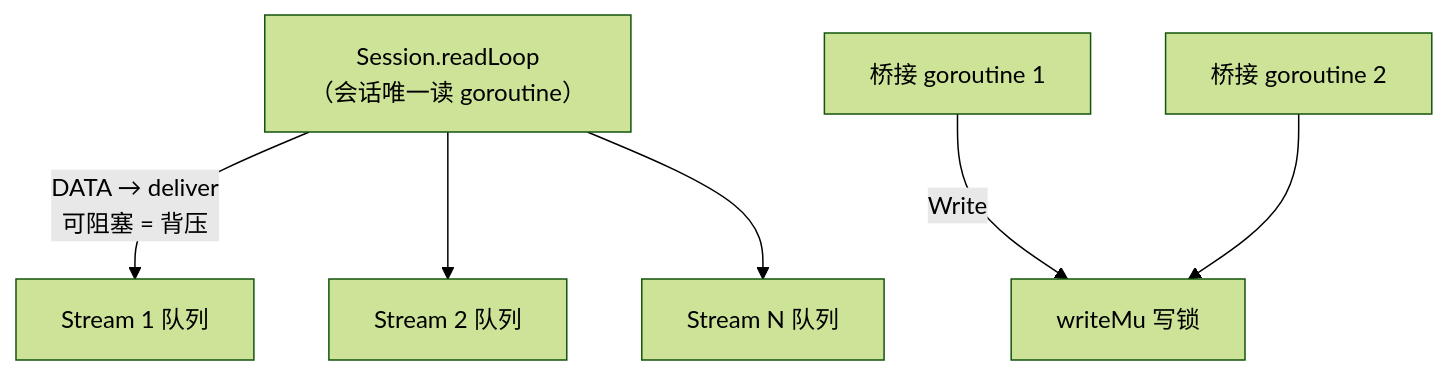
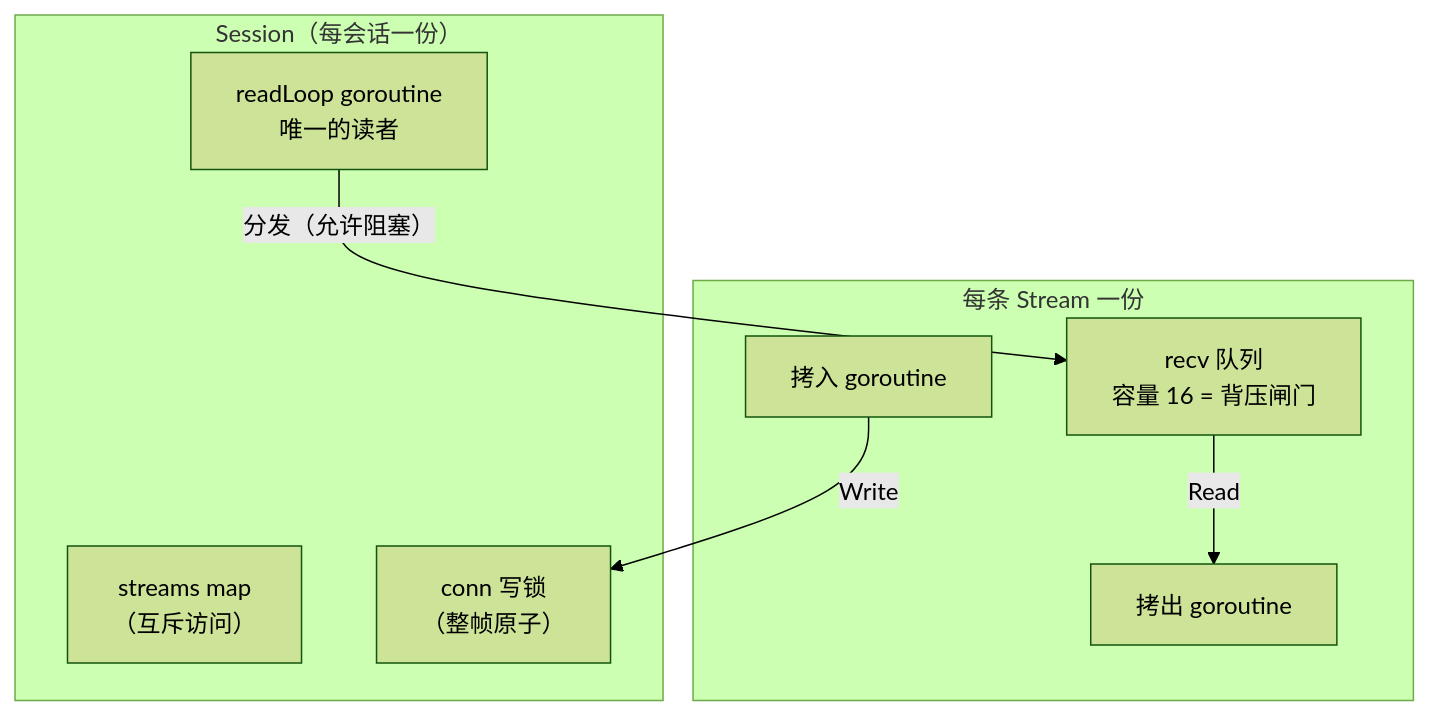
The third of 5 diagrams in docs/blog/posts/2026/10/28.md (yiiewang/yiiewang.github.io), drawn with Mermaid (forest theme) before and after one commit. The commit also changed other lines of this file, not shown here.

Commit message:
docs(blog): 28.md 改为六视图设计过程（场景/逻辑/进程/行为/状态/决策记录）

````diff
--- a/docs/blog/posts/2026/10/28.md
+++ b/docs/blog/posts/2026/10/28.md
@@ -105,8 +83,16 @@
 ```mermaid
 flowchart TD
-    RL["Session.readLoop<br/>（会话唯一读 goroutine）"] -->|"DATA → deliver<br/>可阻塞 = 背压"| Q1["Stream 1 队列"]
-    RL --> Q2["Stream 2 队列"]
-    RL --> Q3["Stream N 队列"]
-    G1["桥接 goroutine 1"] -->|"Write"| WL["writeMu 写锁"]
-    G2["桥接 goroutine 2"] --> WL
+    subgraph SESSION["Session（每会话一份）"]
+        RL["readLoop goroutine<br/>唯一的读者"]
+        MAP["streams map<br/>（互斥访问）"]
+        LOCK["conn 写锁<br/>（整帧原子）"]
+    end
+    subgraph STREAM["每条 Stream 一份"]
+        Q["recv 队列<br/>容量 16 = 背压闸门"]
+        G1["拷入 goroutine"]
+        G2["拷出 goroutine"]
+    end
+    RL -->|"分发（允许阻塞）"| Q
+    G1 -->|"Write"| LOCK
+    Q -->|"Read"| G2
 ```
````
